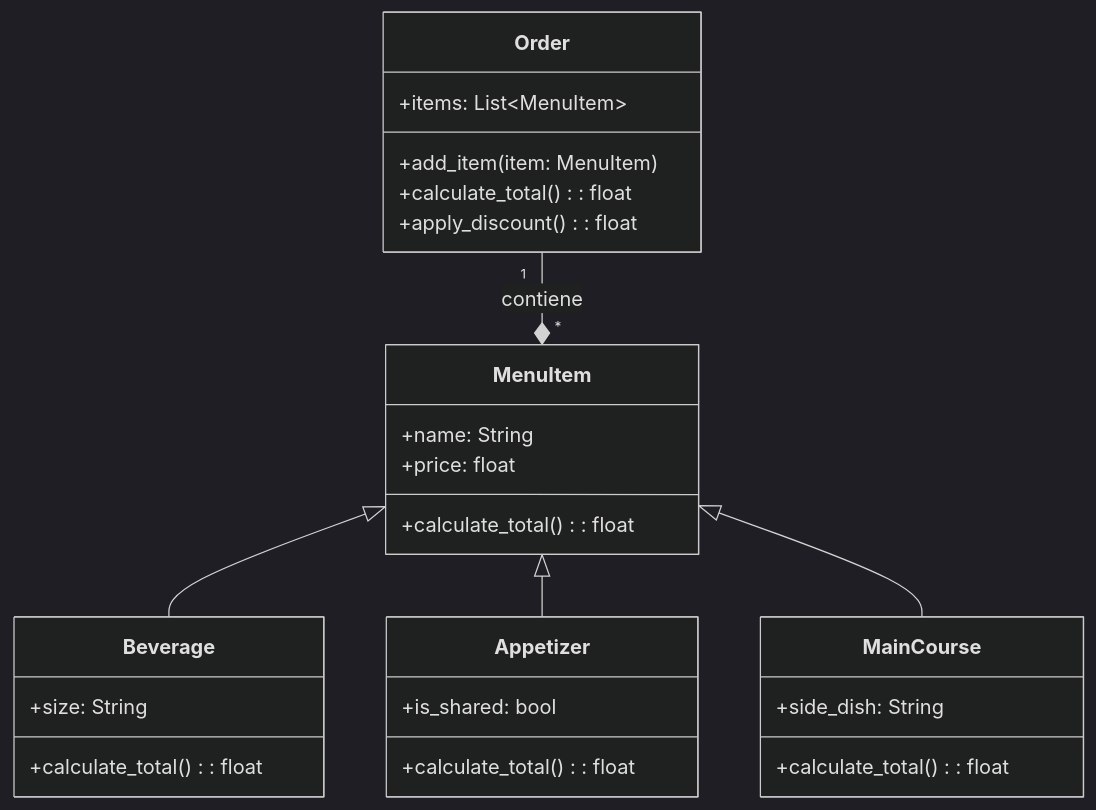
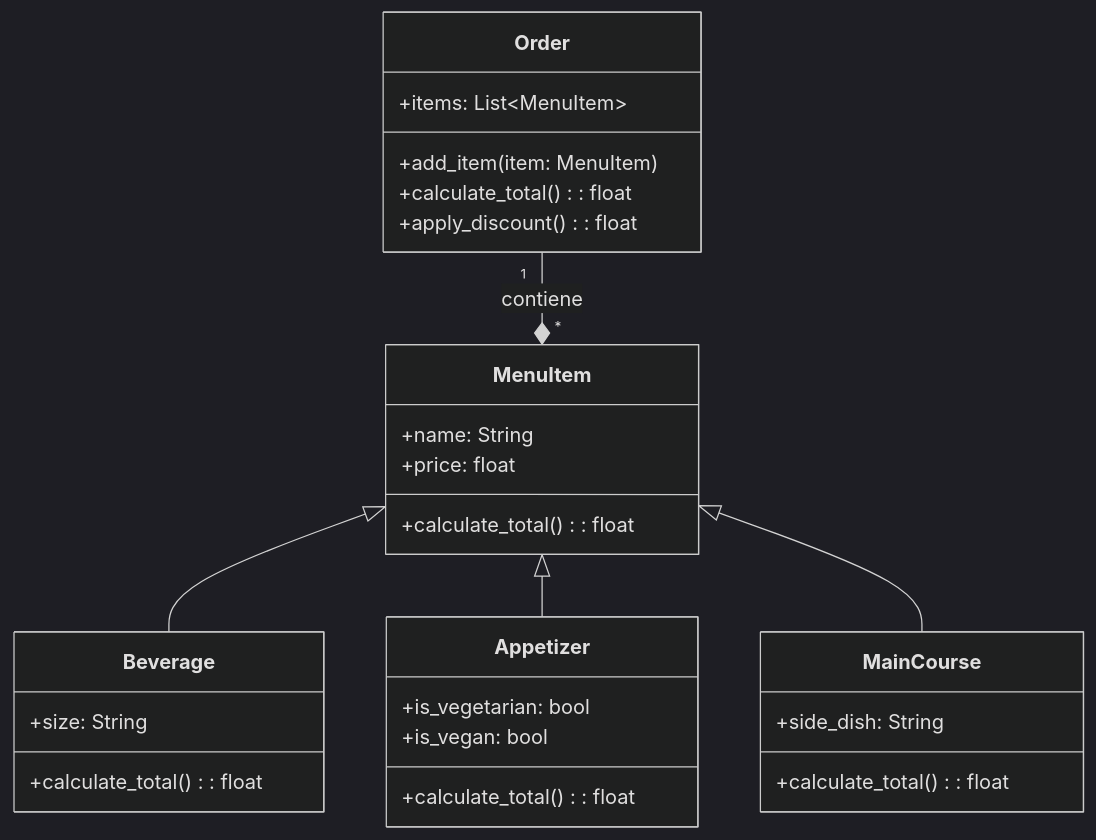
Before and after one commit to malopezla1/Reto-03: the diagram in README.md, drawn with Mermaid.

````diff
--- a/README.md
+++ b/README.md
@@ -261,36 +261,37 @@
 ```mermaid
 --- 
 config:
   theme: dark
 ---
 classDiagram
 direction TB
     class MenuItem {
 	    +name: String
 	    +price: float
 	    +calculate_total() : float
     }
     class Beverage {
 	    +size: String
 	    +calculate_total() : float
     }
     class Appetizer {
-	    +is_shared: bool
+	    +is_vegetarian: bool
+		+is_vegan: bool
 	    +calculate_total() : float
     }
     class MainCourse {
 	    +side_dish: String
 	    +calculate_total() : float
     }
     class Order {
 	    +items: List~MenuItem~
 	    +add_item(item: MenuItem)
 	    +calculate_total() : float
 	    +apply_discount() : float
     }
 
     MenuItem <|-- Beverage
     MenuItem <|-- Appetizer
     MenuItem <|-- MainCourse
     Order "1" --* "*" MenuItem : contiene
 ```
````
